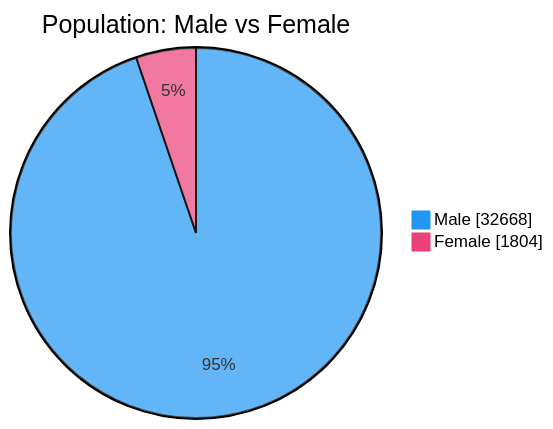
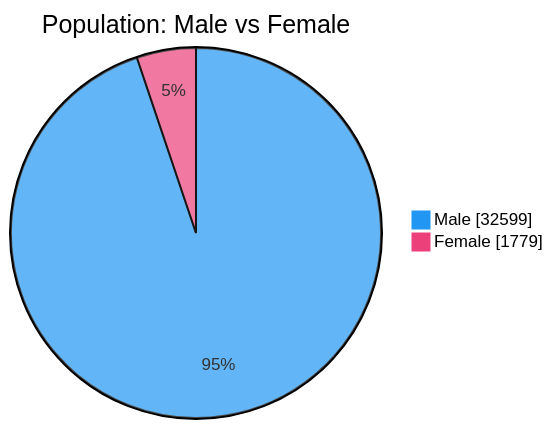
One commit to nuuuwan/lk_prisons changed the second of 7 diagrams in README.md. Above: the diagram before and after it, drawn with Mermaid. The commit also changed other lines of this file and 1 other file, not shown here.

````diff
--- a/README.md
+++ b/README.md
@@ -54,6 +54,6 @@
 ```mermaid
 %%{init: {'themeVariables': {'pie1': '#2196F3', 'pie2': '#EC407A'}}}%%
 pie showData title Population: Male vs Female
-    "Male" : 32668
-    "Female" : 1804
+    "Male" : 32599
+    "Female" : 1779
 ```
````
